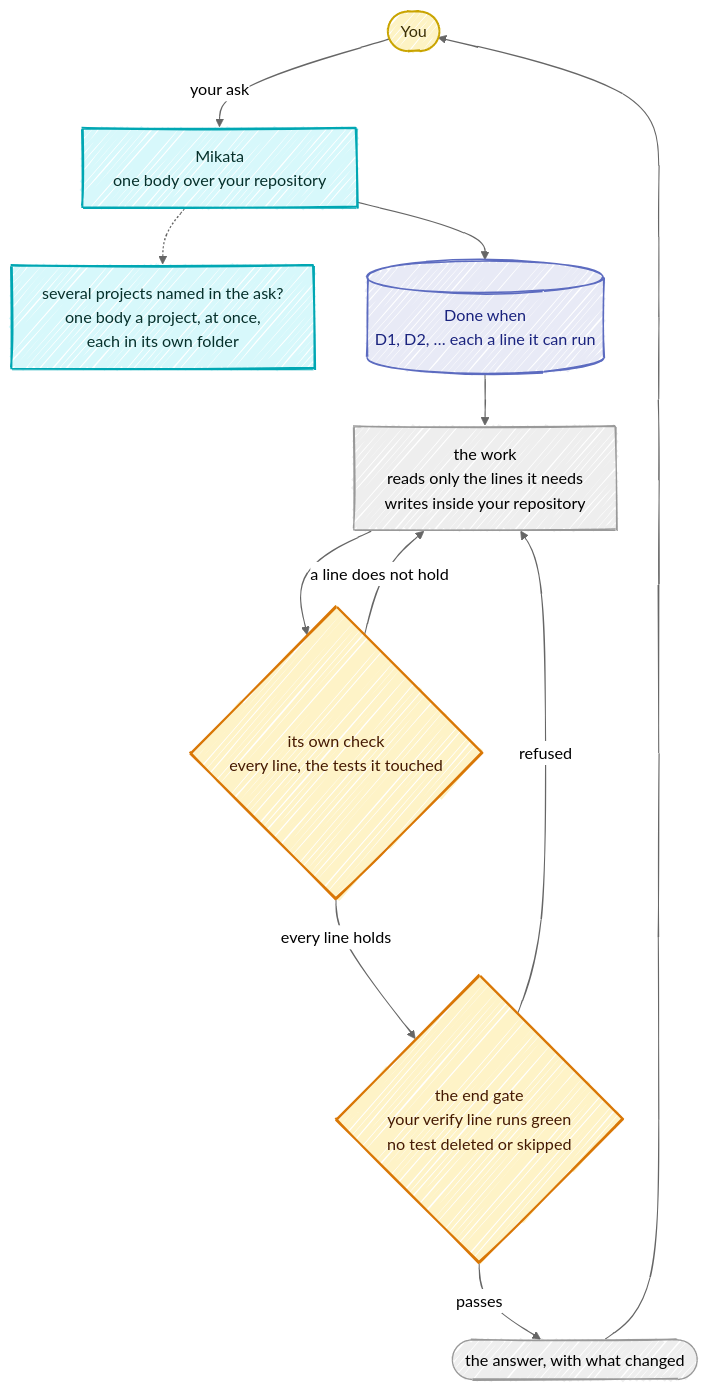
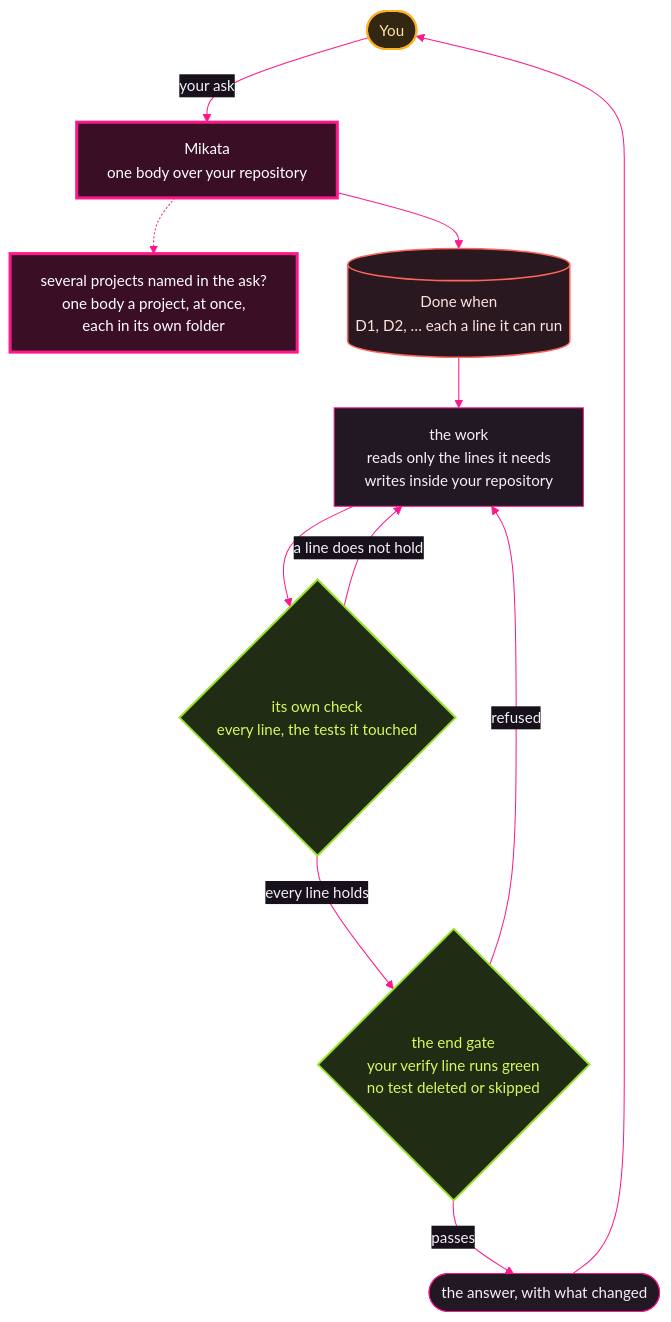
Before and after one commit to Kaginari/mikata: the first of 2 diagrams in docs/01-overview.md, drawn with Mermaid. The commit also changed other lines of this file and 46 other files, not shown here.

````diff
--- a/docs/01-overview.md
+++ b/docs/01-overview.md
@@ -15,35 +15,80 @@
 ```mermaid
 ---
 config:
-  look: handDrawn
-  theme: neutral
+  theme: base
+  themeVariables:
+    darkMode: true
+    background: "#0d0b10"
+    fontFamily: "Inter, Segoe UI, system-ui, -apple-system, Helvetica, Arial, sans-serif"
+    fontSize: "15px"
+    primaryColor: "#211824"
+    primaryTextColor: "#f5eff7"
+    primaryBorderColor: "#ff168a"
+    secondaryColor: "#2c2030"
+    secondaryTextColor: "#f5eff7"
+    secondaryBorderColor: "#ff655c"
+    tertiaryColor: "#16111b"
+    tertiaryTextColor: "#f5eff7"
+    tertiaryBorderColor: "#59405d"
+    lineColor: "#ff168a"
+    textColor: "#f5eff7"
+    titleColor: "#f5eff7"
+    edgeLabelBackground: "#16111b"
+    clusterBkg: "#16111b"
+    clusterBorder: "#59405d"
+    noteBkgColor: "#332711"
+    noteTextColor: "#ffe1a8"
+    noteBorderColor: "#ffb020"
+    actorBkg: "#211824"
+    actorBorder: "#ff168a"
+    actorTextColor: "#f5eff7"
+    actorLineColor: "#59405d"
+    signalColor: "#ff655c"
+    signalTextColor: "#f5eff7"
+    labelBoxBkgColor: "#211824"
+    labelBoxBorderColor: "#ff168a"
+    labelTextColor: "#f5eff7"
+    loopTextColor: "#f5eff7"
+    activationBkgColor: "#3a0f26"
+    activationBorderColor: "#ff168a"
+    sequenceNumberColor: "#0d0b10"
+    transitionColor: "#ff168a"
+    transitionLabelColor: "#f5eff7"
+    stateLabelColor: "#f5eff7"
+    stateBkg: "#211824"
+    labelBackgroundColor: "#16111b"
+    compositeBackground: "#16111b"
+    compositeTitleBackground: "#211824"
+    altBackground: "#16111b"
+    specialStateColor: "#b6f542"
+    innerEndBackground: "#b6f542"
   flowchart:
     wrappingWidth: 360
 ---
 flowchart TD
     V(["You"])
     M["Mikata<br/>one body over your repository"]
     P["several projects named in the ask?<br/>one body a project, at once,<br/>each in its own folder"]
     L[("Done when<br/>D1, D2, … each a line it can run")]
     W["the work<br/>reads only the lines it needs<br/>writes inside your repository"]
     C{"its own check<br/>every line, the tests it touched"}
     G{"the end gate<br/>your verify line runs green<br/>no test deleted or skipped"}
     A(["the answer, with what changed"])
 
     V -->|your ask| M
     M -.-> P
     M --> L --> W --> C
     C -->|a line does not hold| W
     C -->|every line holds| G
     G -->|refused| W
     G -->|passes| A
     A --> V
-    classDef you fill:#fdf3c4,stroke:#c9a400,stroke-width:2px,color:#3a2e05
+    classDef you fill:#332711,stroke:#ffb020,stroke-width:2px,color:#ffe1a8
     class V you
-    classDef mikata fill:#d7f8fb,stroke:#00a7b3,stroke-width:2px,color:#06302b
+    classDef mikata fill:#3a0f26,stroke:#ff168a,stroke-width:3px,color:#ffffff
     class M,P mikata
-    classDef store fill:#e8eaf6,stroke:#5c6bc0,stroke-width:1.5px,color:#1a237e
+    classDef store fill:#2a1820,stroke:#ff655c,stroke-width:1.5px,color:#ffe3e0
     class L store
-    classDef gate fill:#fef3c7,stroke:#d97706,stroke-width:2px,color:#451a03
+    classDef gate fill:#202c13,stroke:#9be22d,stroke-width:2px,color:#d9f95c
     class C,G gate
 ```
````
